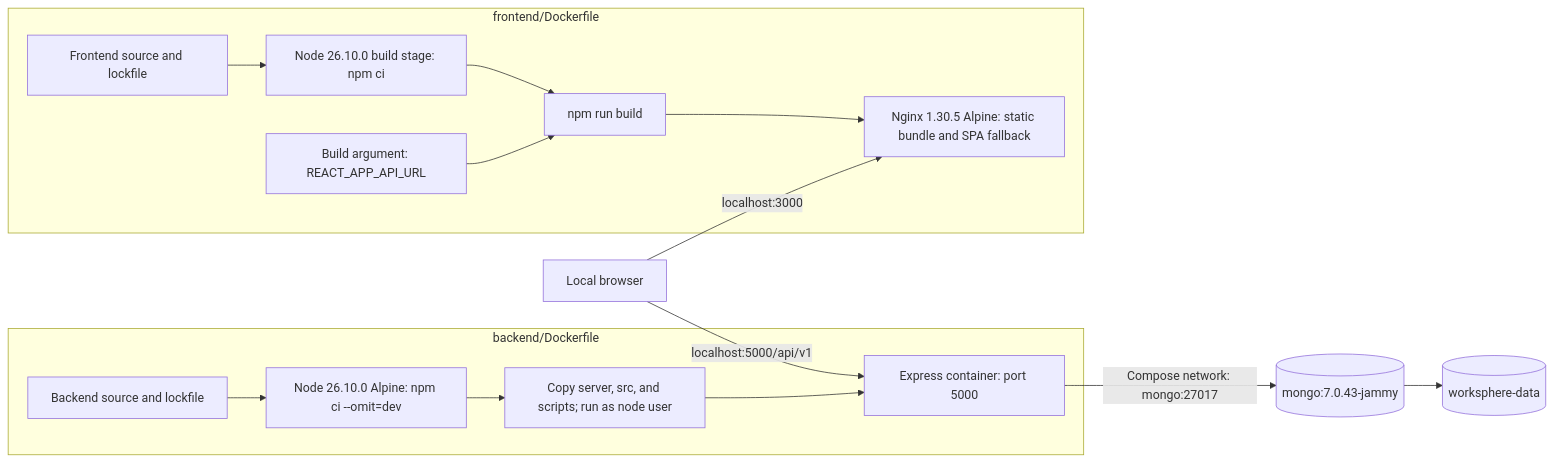
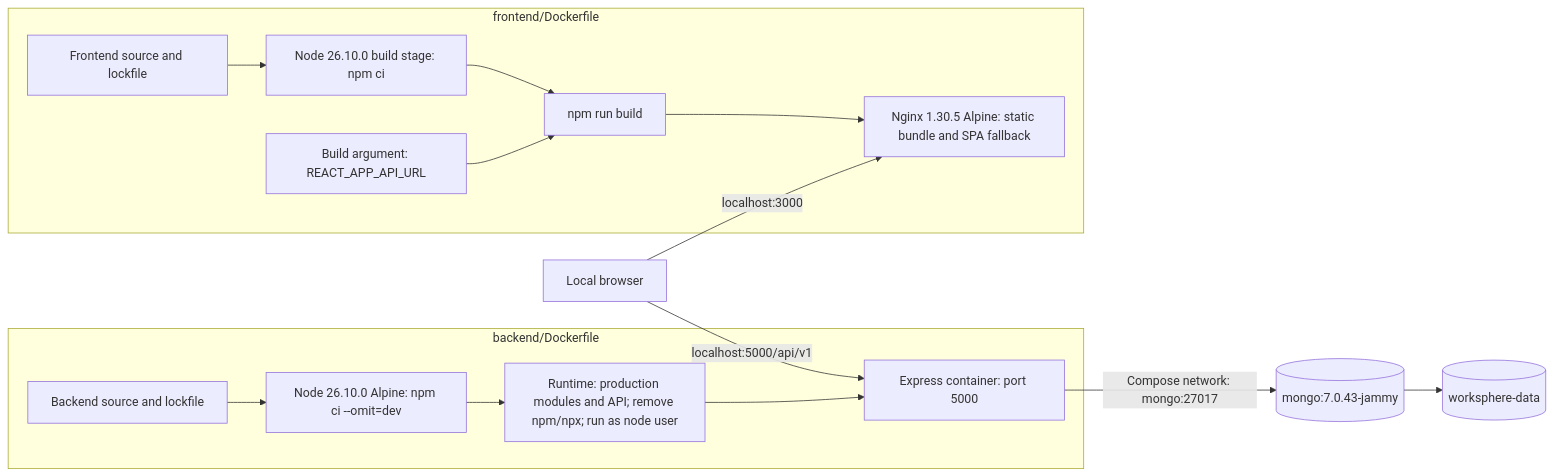
One commit to herve192-hub/WorkSphere changed diagram 31 of 52 in README.md. Above: the diagram before and after it, drawn with Mermaid. The commit also changed other lines of this file and 4 other files, not shown here.

````diff
--- a/README.md
+++ b/README.md
@@ -1509,18 +1513,18 @@
 ```mermaid
 flowchart LR
     subgraph APIBuild["backend/Dockerfile"]
         Backend["Backend source and lockfile"] --> APIInstall["Node 26.10.0 Alpine: npm ci --omit=dev"]
-        APIInstall --> APIImage["Copy server, src, and scripts; run as node user"]
+        APIInstall --> APIImage["Runtime: production modules and API; remove npm/npx; run as node user"]
         APIImage --> API["Express container: port 5000"]
     end
     subgraph WebBuild["frontend/Dockerfile"]
         Frontend["Frontend source and lockfile"] --> WebInstall["Node 26.10.0 build stage: npm ci"]
         URL["Build argument: REACT_APP_API_URL"] --> Bundle["npm run build"]
         WebInstall --> Bundle
         Bundle --> Nginx["Nginx 1.30.5 Alpine: static bundle and SPA fallback"]
     end
     Browser["Local browser"] -->|"localhost:3000"| Nginx
     Browser -->|"localhost:5000/api/v1"| API
     API -->|"Compose network: mongo:27017"| Mongo[("mongo:7.0.43-jammy")]
     Mongo --> Volume[("worksphere-data")]
 ```
````
